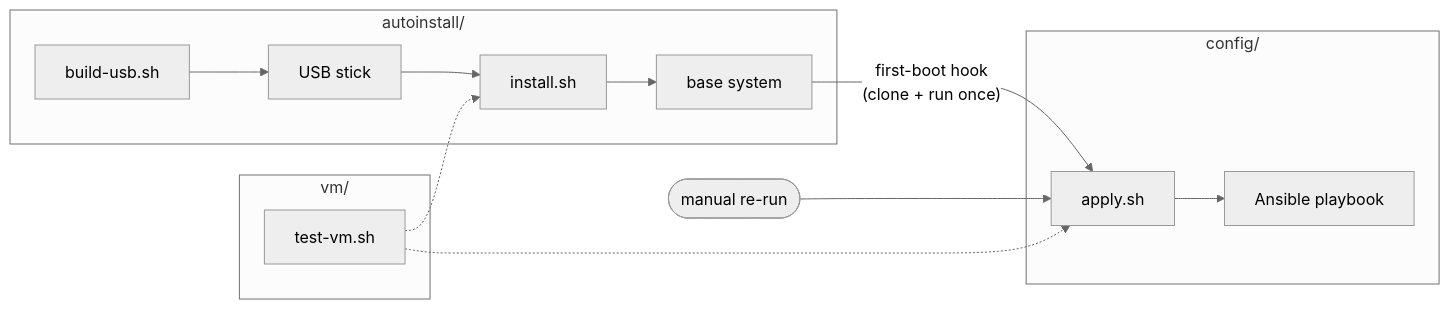
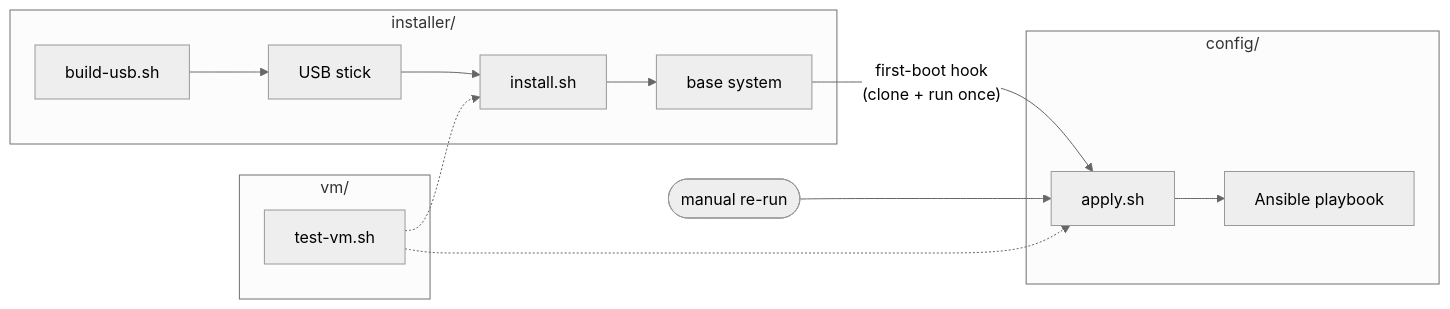
Before and after one commit to cqkh42/llangvilla: the diagram in README.md, drawn with Mermaid (neutral theme). The commit also changed other lines of this file and 14 other files, not shown here.

First line of the commit message:
Rename autoinstall/ to installer/

````diff
--- a/README.md
+++ b/README.md
@@ -15,15 +15,15 @@
 ```mermaid
 flowchart LR
-    subgraph installer["autoinstall/"]
+    subgraph installer["installer/"]
         A[build-usb.sh] --> B[USB stick] --> C[install.sh] --> D[base system]
     end
     subgraph config["config/"]
         E[apply.sh] --> F[Ansible playbook]
     end
     D -- "first-boot hook<br/>(clone + run once)" --> E
     G([manual re-run]) --> E
     subgraph vm["vm/"]
         H[test-vm.sh] -.-> C
         H -.-> E
     end
 ```
````
